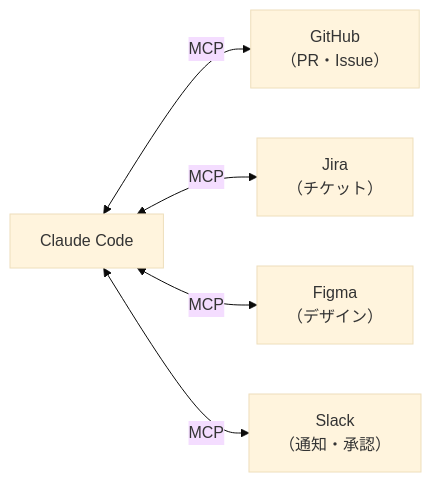
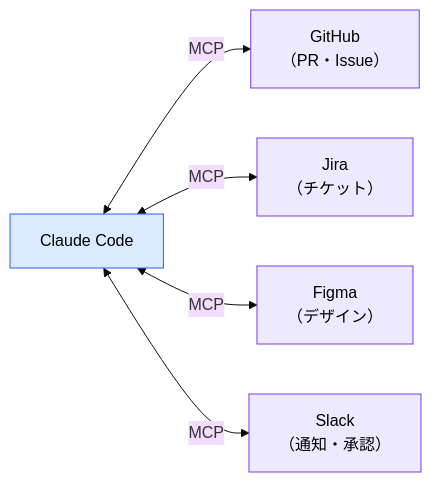
The fourth of 48 diagrams in AI駆動開発.md (takuma39/ai), drawn with Mermaid (base theme) before and after one commit. The commit also changed other lines of this file, not shown here.

````diff
--- a/AI駆動開発.md
+++ b/AI駆動開発.md
@@ -135,7 +155,13 @@
 ```mermaid
 flowchart LR
     CC["Claude Code"] <-->|MCP| GitHub["GitHub<br/>（PR・Issue）"]
     CC <-->|MCP| Jira["Jira<br/>（チケット）"]
     CC <-->|MCP| Figma["Figma<br/>（デザイン）"]
     CC <-->|MCP| Slack["Slack<br/>（通知・承認）"]
+
+    style CC fill:#dbeafe,stroke:#2563eb,color:#000
+    style GitHub fill:#ede9fe,stroke:#7c3aed,color:#000
+    style Jira fill:#ede9fe,stroke:#7c3aed,color:#000
+    style Figma fill:#ede9fe,stroke:#7c3aed,color:#000
+    style Slack fill:#ede9fe,stroke:#7c3aed,color:#000
 ```
````
